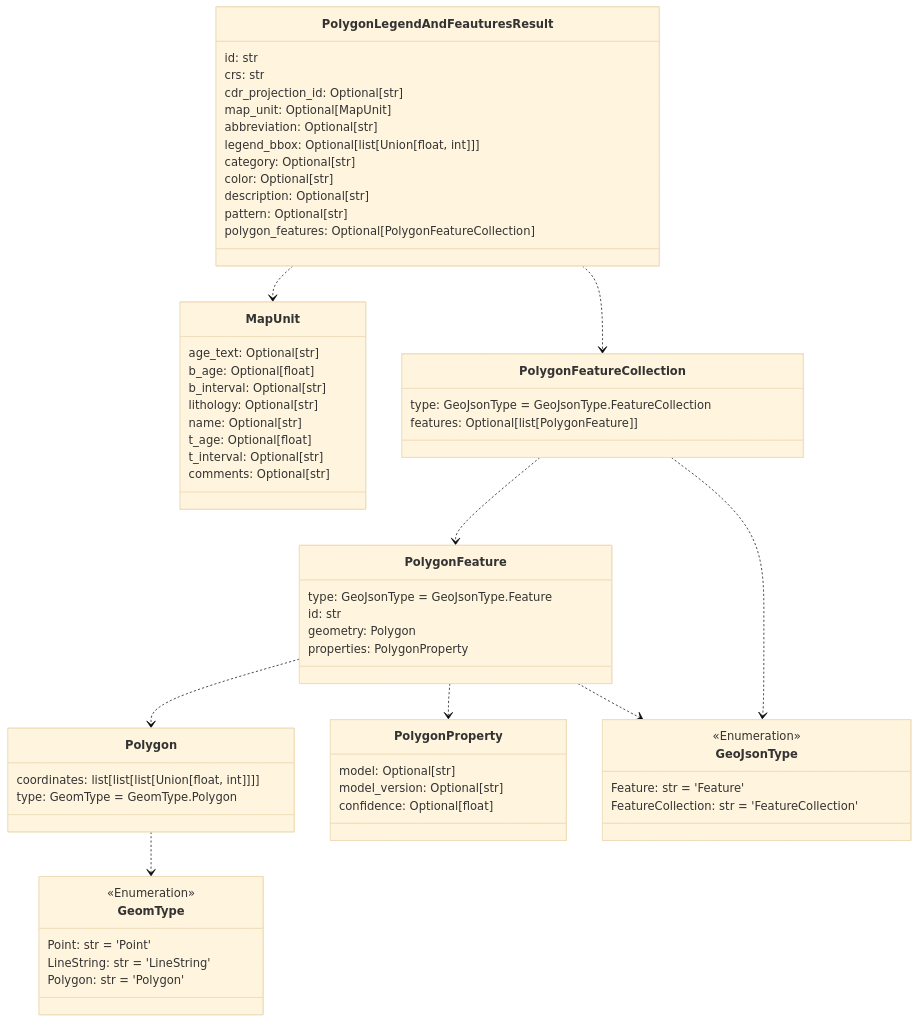
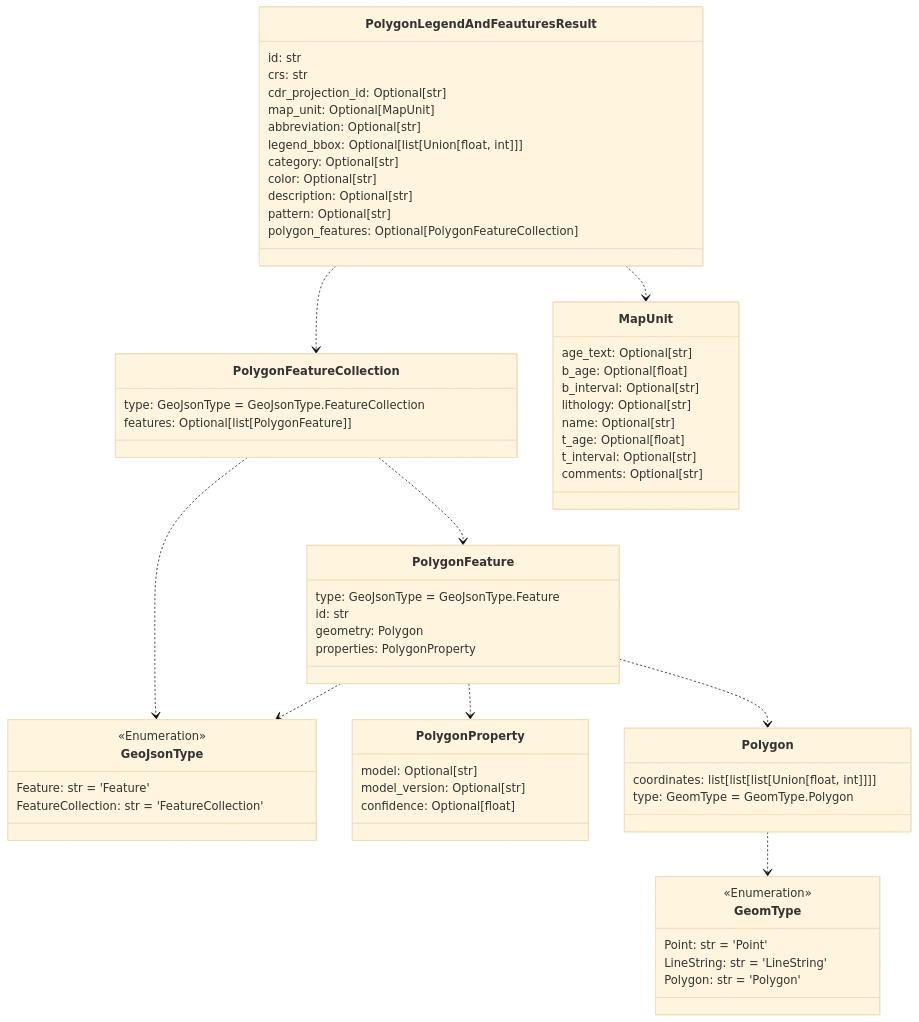
The seventh of 12 diagrams in README.md (DARPA-CRITICALMAAS/cdr_schemas), drawn with Mermaid (base theme) before and after one commit. The commit also changed other lines of this file and 1 other file, not shown here.

````diff
--- a/README.md
+++ b/README.md
@@ -488,75 +488,75 @@
 ```mermaid
 classDiagram
-
-    class Polygon {
-        coordinates: list[list[list[Union[float, int]]]]
-        type: GeomType = GeomType.Polygon
-    }
-
-    class MapUnit {
-        age_text: Optional[str]
-        b_age: Optional[float]
-        b_interval: Optional[str]
-        lithology: Optional[str]
-        name: Optional[str]
-        t_age: Optional[float]
-        t_interval: Optional[str]
-        comments: Optional[str]
-    }
-
-    class PolygonFeatureCollection {
-        type: GeoJsonType = GeoJsonType.FeatureCollection
-        features: Optional[list[PolygonFeature]]
-    }
-
-    class PolygonProperty {
-        model: Optional[str]
-        model_version: Optional[str]
-        confidence: Optional[float]
-    }
-
-    class GeoJsonType {
-        <<Enumeration>>
-        Feature: str = 'Feature'
-        FeatureCollection: str = 'FeatureCollection'
-    }
 
     class GeomType {
         <<Enumeration>>
         Point: str = 'Point'
         LineString: str = 'LineString'
         Polygon: str = 'Polygon'
     }
 
     class PolygonFeature {
         type: GeoJsonType = GeoJsonType.Feature
         id: str
         geometry: Polygon
         properties: PolygonProperty
     }
 
     class PolygonLegendAndFeauturesResult {
         id: str
         crs: str
         cdr_projection_id: Optional[str]
         map_unit: Optional[MapUnit]
         abbreviation: Optional[str]
         legend_bbox: Optional[list[Union[float, int]]]
         category: Optional[str]
         color: Optional[str]
         description: Optional[str]
         pattern: Optional[str]
         polygon_features: Optional[PolygonFeatureCollection]
     }
 
+    class GeoJsonType {
+        <<Enumeration>>
+        Feature: str = 'Feature'
+        FeatureCollection: str = 'FeatureCollection'
+    }
+
+    class PolygonFeatureCollection {
+        type: GeoJsonType = GeoJsonType.FeatureCollection
+        features: Optional[list[PolygonFeature]]
+    }
+
+    class PolygonProperty {
+        model: Optional[str]
+        model_version: Optional[str]
+        confidence: Optional[float]
+    }
+
+    class Polygon {
+        coordinates: list[list[list[Union[float, int]]]]
+        type: GeomType = GeomType.Polygon
+    }
+
+    class MapUnit {
+        age_text: Optional[str]
+        b_age: Optional[float]
+        b_interval: Optional[str]
+        lithology: Optional[str]
+        name: Optional[str]
+        t_age: Optional[float]
+        t_interval: Optional[str]
+        comments: Optional[str]
+    }
+
     Polygon ..> GeomType
-    PolygonFeature ..> Polygon
     PolygonFeature ..> PolygonProperty
     PolygonFeature ..> GeoJsonType
+    PolygonFeature ..> Polygon
+    PolygonFeatureCollection ..> GeoJsonType
     PolygonFeatureCollection ..> PolygonFeature
-    PolygonFeatureCollection ..> GeoJsonType
+    PolygonLegendAndFeauturesResult ..> PolygonFeatureCollection
     PolygonLegendAndFeauturesResult ..> MapUnit
-    PolygonLegendAndFeauturesResult ..> PolygonFeatureCollection
 
 
 ```
````
